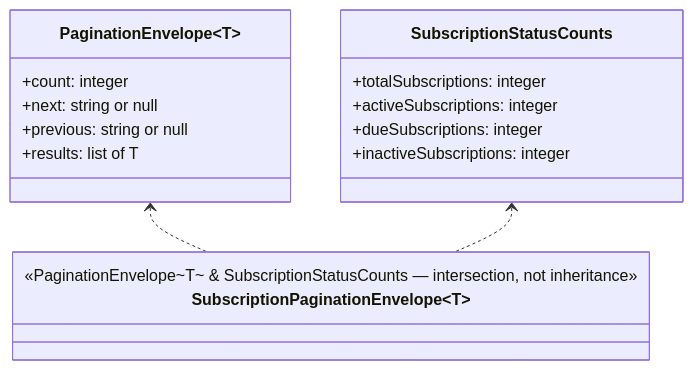
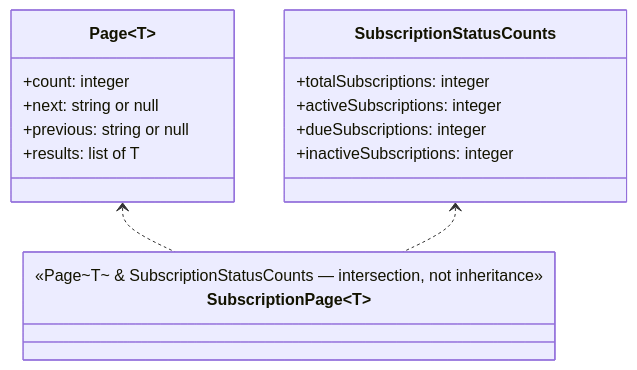
Before and after one commit to suqo-ai/suqo-sdk-ts: the diagram in docs/design/ticket-3-pagination.md, drawn with Mermaid. The commit also changed other lines of this file and 18 other files, not shown here.

````diff
--- a/docs/design/ticket-3-pagination.md
+++ b/docs/design/ticket-3-pagination.md
@@ -43,20 +46,20 @@
 ```mermaid
 classDiagram
-  class PaginationEnvelope~T~ {
+  class Page~T~ {
     +count: integer
     +next: string or null
     +previous: string or null
     +results: list of T
   }
   class SubscriptionStatusCounts {
     +totalSubscriptions: integer
     +activeSubscriptions: integer
     +dueSubscriptions: integer
     +inactiveSubscriptions: integer
   }
-  class SubscriptionPaginationEnvelope~T~ {
-    <<PaginationEnvelope~T~ & SubscriptionStatusCounts — intersection, not inheritance>>
+  class SubscriptionPage~T~ {
+    <<Page~T~ & SubscriptionStatusCounts — intersection, not inheritance>>
   }
-  PaginationEnvelope~T~ <.. SubscriptionPaginationEnvelope~T~
-  SubscriptionStatusCounts <.. SubscriptionPaginationEnvelope~T~
+  Page~T~ <.. SubscriptionPage~T~
+  SubscriptionStatusCounts <.. SubscriptionPage~T~
 ```
````
